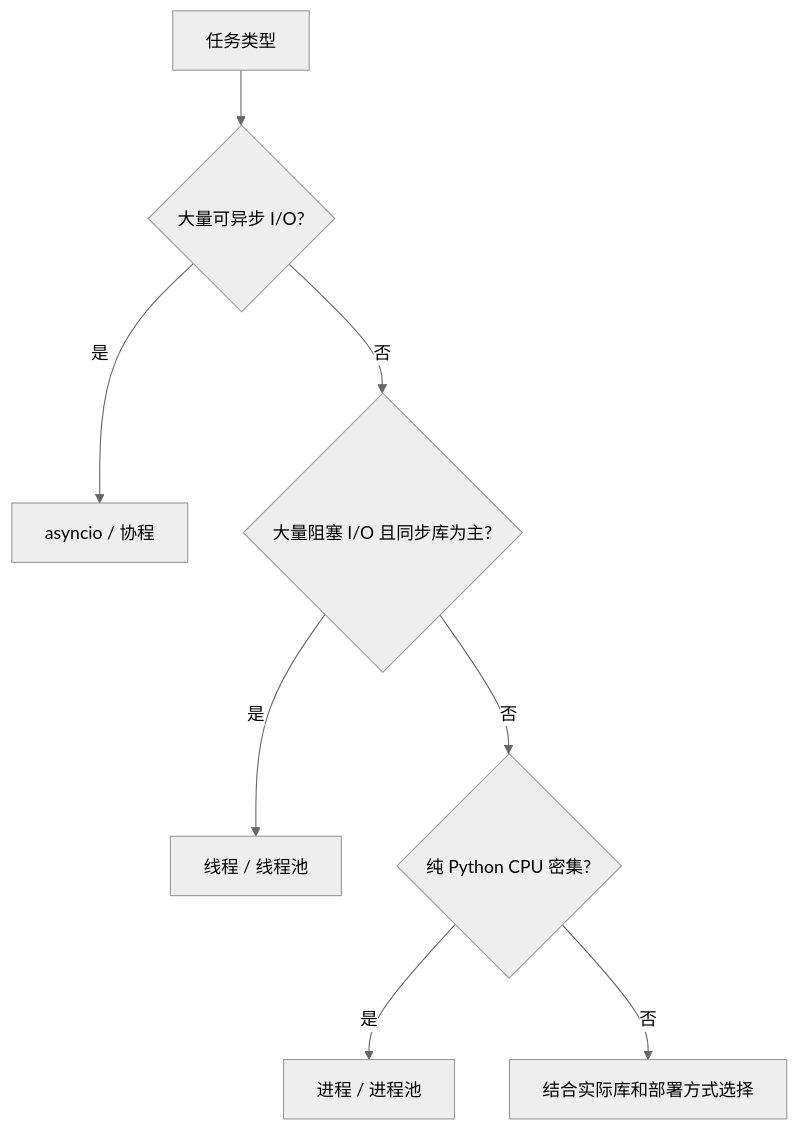
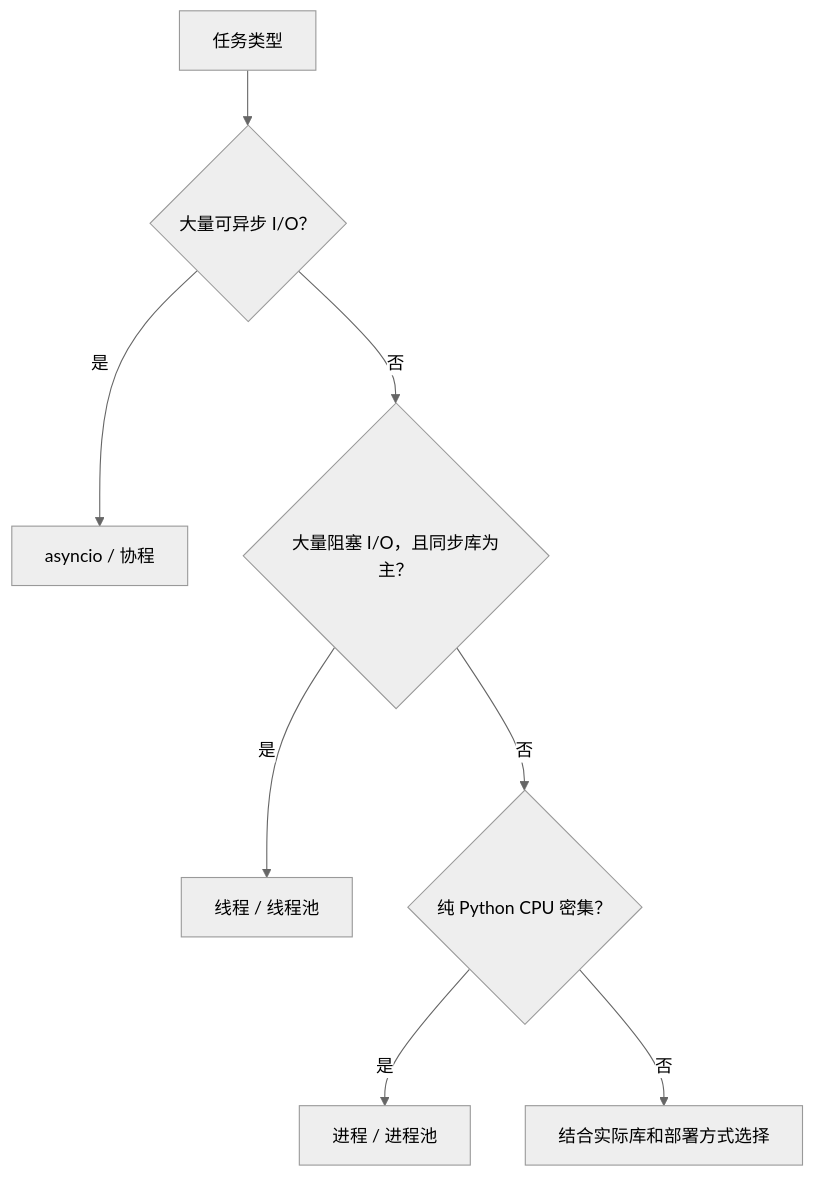
One commit to studyzhige-ui/python-interview-handbook changed the third of 3 diagrams in review/11-线程-进程-协程-async-await-图解与自测.md. Above: the diagram before and after it, drawn with Mermaid (neutral theme). The commit also changed other lines of this file and 11 other files, not shown here.

First line of the commit message:
fix: repair Mermaid rendering across review chapters

````diff
--- a/review/11-线程-进程-协程-async-await-图解与自测.md
+++ b/review/11-线程-进程-协程-async-await-图解与自测.md
@@ -36,10 +36,10 @@
 ```mermaid
 flowchart TD
-    A[任务类型] --> B{大量可异步 I/O?}
-    B -- 是 --> C[asyncio / 协程]
-    B -- 否 --> D{大量阻塞 I/O 且同步库为主?}
-    D -- 是 --> E[线程 / 线程池]
-    D -- 否 --> F{纯 Python CPU 密集?}
-    F -- 是 --> G[进程 / 进程池]
-    F -- 否 --> H[结合实际库和部署方式选择]
+    A["任务类型"] --> B{"大量可异步 I/O？"}
+    B -->|是| C["asyncio / 协程"]
+    B -->|否| D{"大量阻塞 I/O，且同步库为主？"}
+    D -->|是| E["线程 / 线程池"]
+    D -->|否| F{"纯 Python CPU 密集？"}
+    F -->|是| G["进程 / 进程池"]
+    F -->|否| H["结合实际库和部署方式选择"]
 ```
````
